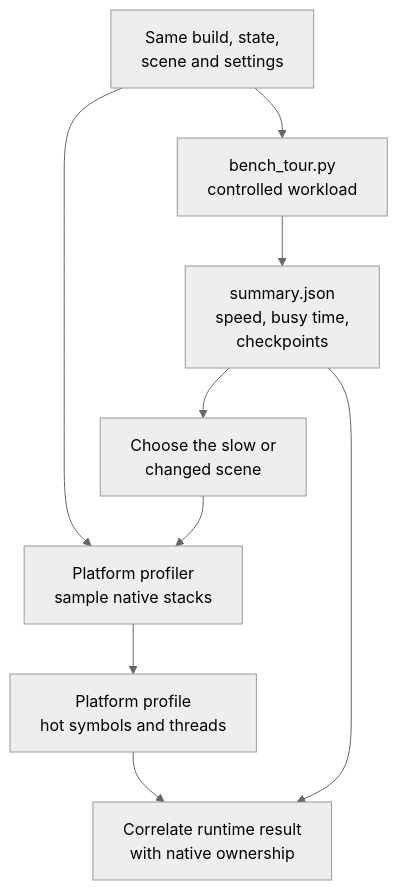
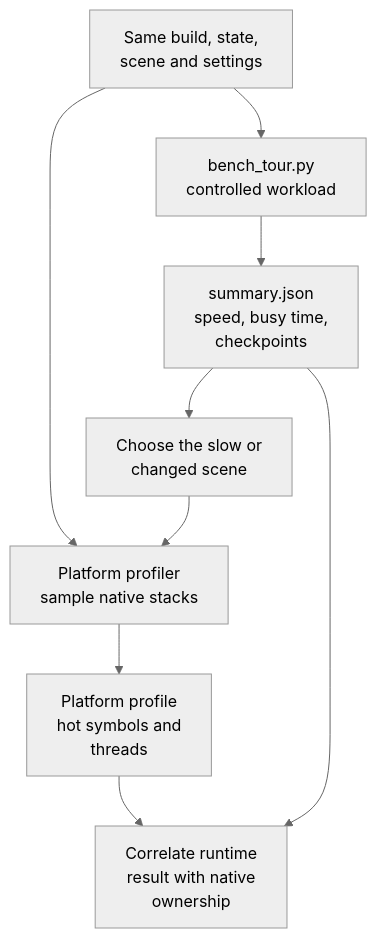
One commit to Aelbannan/boat_of_daphnes changed the second of 6 diagrams in docs/performance/Overview.md. Above: the diagram before and after it, drawn with Mermaid (neutral theme). The commit also changed other lines of this file and 7 other files, not shown here.

Commit message:
Wrap Mermaid diagram labels

````diff
--- a/docs/performance/Overview.md
+++ b/docs/performance/Overview.md
@@ -98,23 +99,25 @@
 ```mermaid
 flowchart TD
     Inputs["`Same build, state,
 scene and settings`"]
     Tour["`bench_tour.py
 controlled workload`"]
     Summary["`summary.json
 speed, busy time,
 checkpoints`"]
     Choose["`Choose the slow or
 changed scene`"]
     Profile["`Platform profiler
 sample native stacks`"]
     Hotspots["`Platform profile
-hot symbols and threads`"]
-    Diagnose["`Correlate runtime result
-with native ownership`"]
+hot symbols and
+threads`"]
+    Diagnose["`Correlate runtime
+result with native
+ownership`"]
 
     Inputs --> Tour --> Summary --> Choose
     Inputs --> Profile
     Choose --> Profile --> Hotspots --> Diagnose
     Summary --> Diagnose
 ```
````
